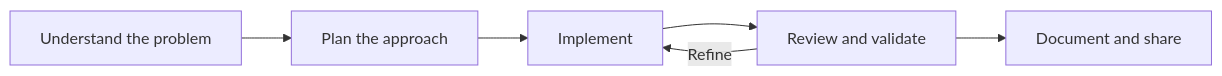
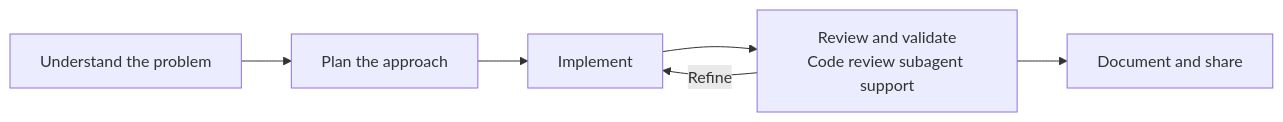
One commit to hugoriveros18/hugoriveros18 changed the diagram in README.md. Above: the diagram before and after it, drawn with Mermaid. The commit also changed other lines of this file, not shown here.

Commit message:
Describe code review subagent support in engineering workflow

````diff
--- a/README.md
+++ b/README.md
@@ -68,8 +68,8 @@
 ```mermaid
 flowchart LR
     A["Understand the problem"] --> B["Plan the approach"]
     B --> C["Implement"]
-    C --> D["Review and validate"]
+    C --> D["Review and validate<br/>Code review subagent support"]
     D --> E["Document and share"]
     D -->|"Refine"| C
 ```
````
